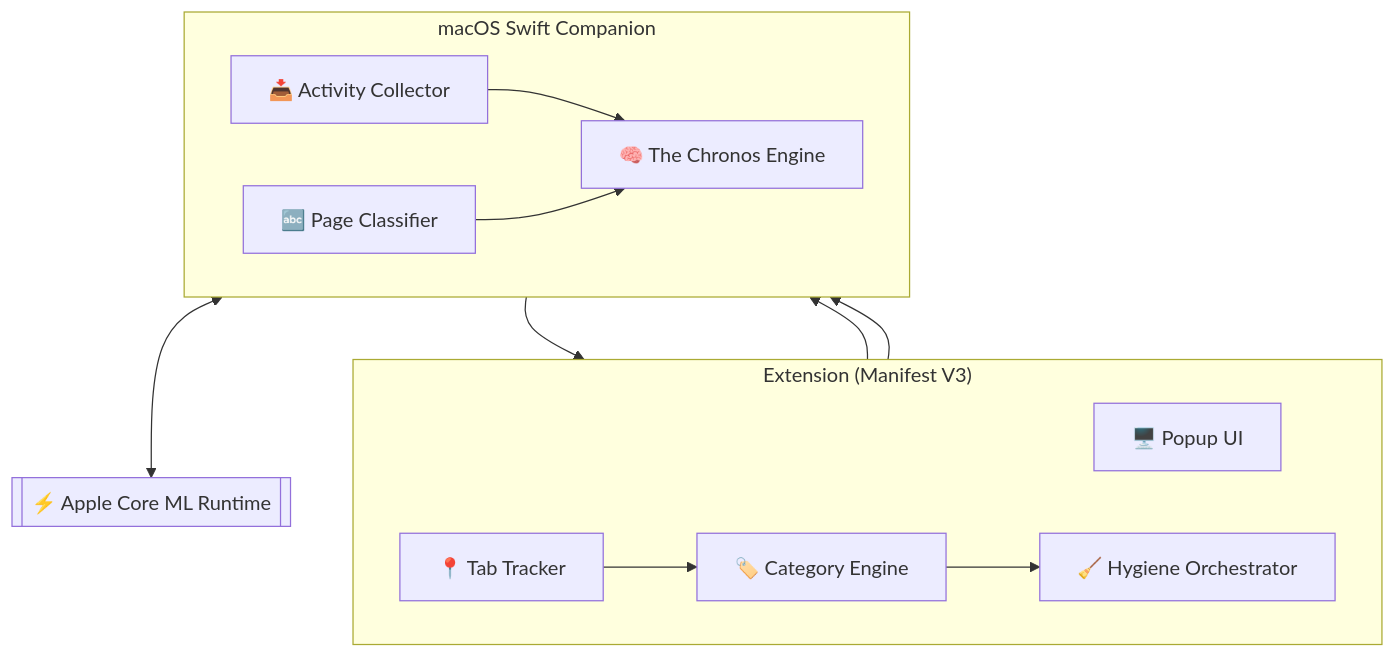
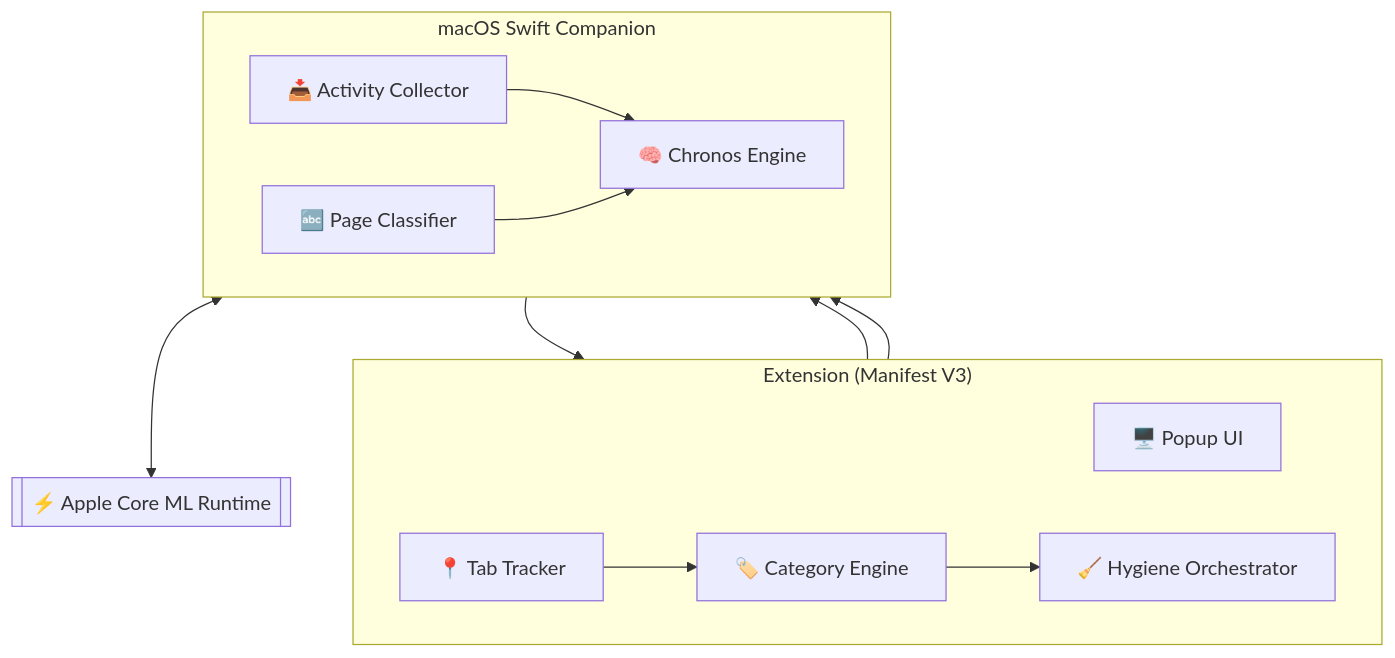
Before and after one commit to dubianche123/device-native-tab-hygiene: the diagram in README.md, drawn with Mermaid. The commit also changed other lines of this file, not shown here.

````diff
--- a/README.md
+++ b/README.md
@@ -27,27 +27,27 @@
 ```mermaid
 flowchart TB
   subgraph browser["Extension (Manifest V3)"]
     direction LR
     popup["🖥️ Popup UI"]
     tracker["📍 Tab Tracker"]
     category["🏷️ Category Engine"]
     hygiene["🧹 Hygiene Orchestrator"]
   end
 
   subgraph native["macOS Swift Companion"]
     direction LR
     collector["📥 Activity Collector"]
     classifier["🔤 Page Classifier"]
-    predictor["🧠 The Chronos Engine"]
+    predictor["🧠 Chronos Engine"]
   end
 
   coreml[["⚡ Apple Core ML Runtime"]]
 
   tracker --> category --> hygiene
   tracker --> collector
   category --> classifier
   collector --> predictor
   classifier --> predictor
   predictor <--> coreml
   predictor --> popup
 ```
````
